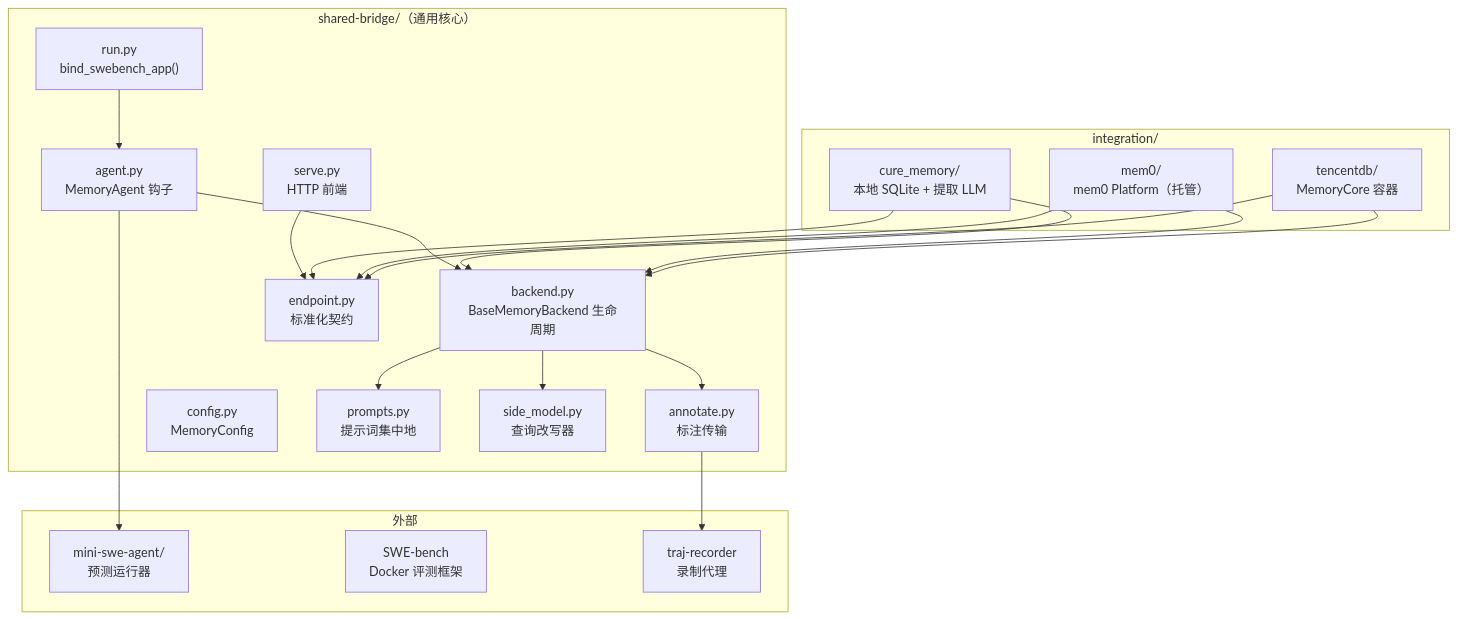
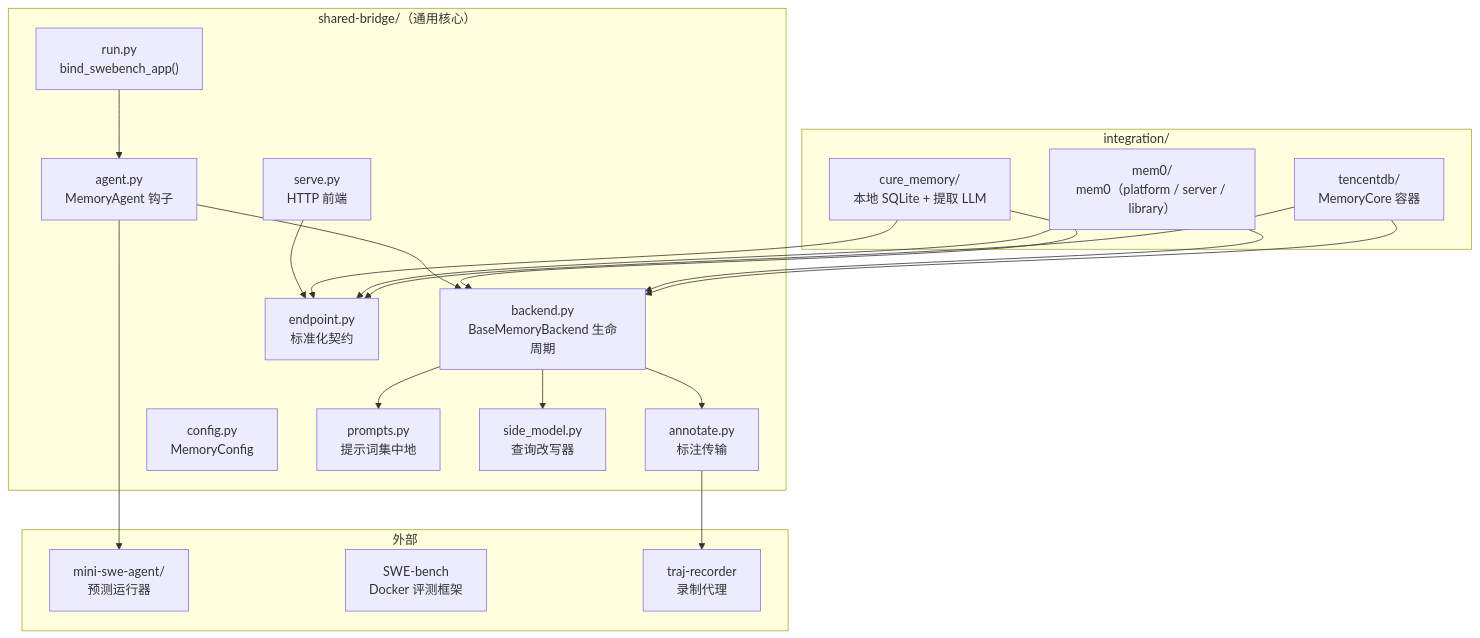
One commit to ChangranXU/memory-bridge changed the first of 2 diagrams in docs/zh/concepts/architecture.md. Above: the diagram before and after it, drawn with Mermaid. The commit also changed other lines of this file and 55 other files, not shown here.

First line of the commit message:
feat(mem0): add OSS server and in-process library deployment modes

````diff
--- a/docs/zh/concepts/architecture.md
+++ b/docs/zh/concepts/architecture.md
@@ -11,41 +11,41 @@
 ```mermaid
 graph TB
     subgraph "shared-bridge/（通用核心）"
         agent["agent.py<br/>MemoryAgent 钩子"]
         backend["backend.py<br/>BaseMemoryBackend 生命周期"]
         endpoint["endpoint.py<br/>标准化契约"]
         serve["serve.py<br/>HTTP 前端"]
         annotate["annotate.py<br/>标注传输"]
         config["config.py<br/>MemoryConfig"]
         prompts["prompts.py<br/>提示词集中地"]
         side["side_model.py<br/>查询改写器"]
         run["run.py<br/>bind_swebench_app()"]
     end
 
     subgraph "integration/"
         cure["cure_memory/<br/>本地 SQLite + 提取 LLM"]
-        mem0["mem0/<br/>mem0 Platform（托管）"]
+        mem0["mem0/<br/>mem0（platform / server / library）"]
         tencentdb["tencentdb/<br/>MemoryCore 容器"]
     end
 
     subgraph "外部"
         mini["mini-swe-agent/<br/>预测运行器"]
         swebench["SWE-bench<br/>Docker 评测框架"]
         recorder["traj-recorder<br/>录制代理"]
     end
 
     agent --> backend
     backend --> annotate
     backend --> prompts
     backend --> side
     serve --> endpoint
     run --> agent
     cure --> backend
     cure --> endpoint
     mem0 --> backend
     tencentdb --> backend
     mem0 --> endpoint
     tencentdb --> endpoint
     agent --> mini
     annotate --> recorder
 ```
````
